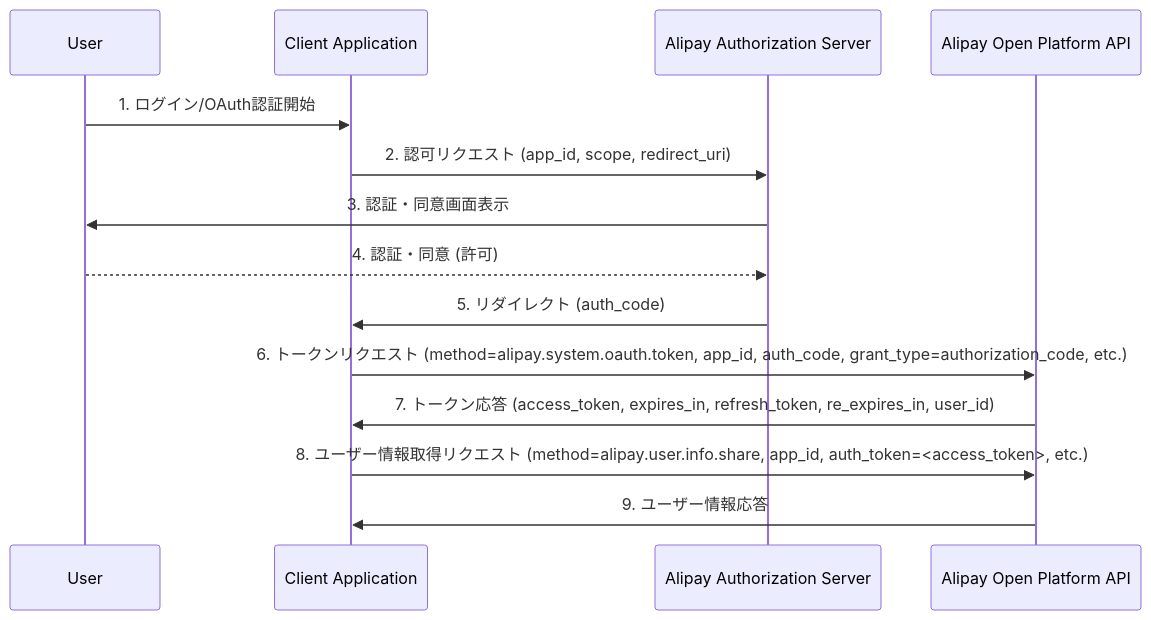
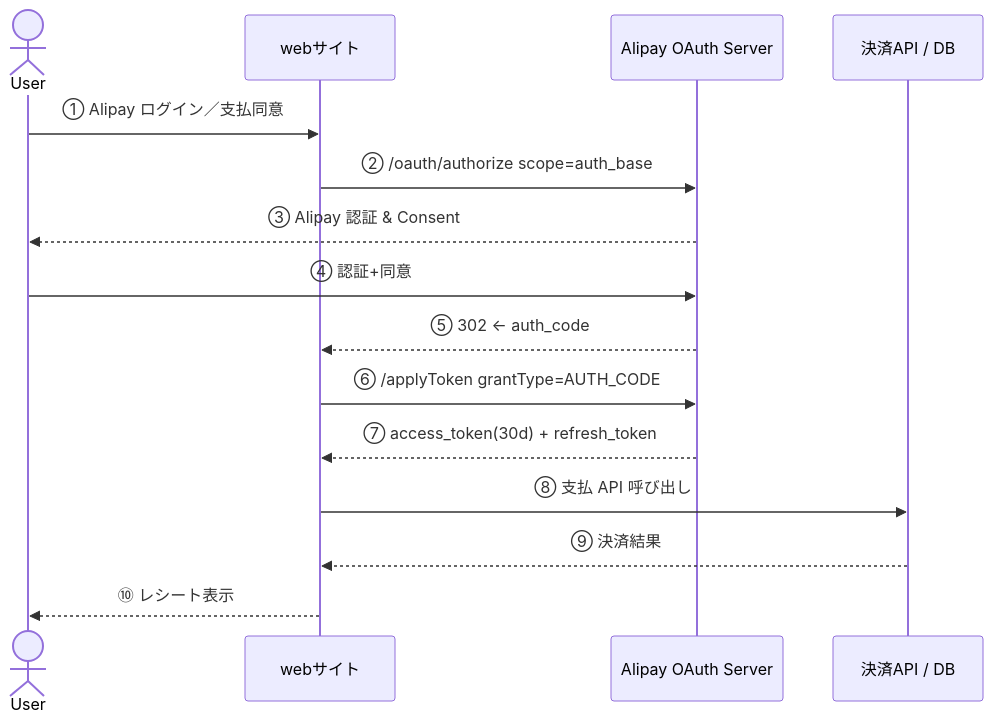
One commit to tamai-hideyuki/tamai-hideyuki changed the diagram in docs/authentication/oauth/alipay.md. Above: the diagram before and after it, drawn with Mermaid. The commit also changed other lines of this file and 12 other files, not shown here.

````diff
--- a/docs/authentication/oauth/alipay.md
+++ b/docs/authentication/oauth/alipay.md
@@ -7,17 +8,19 @@
 ```mermaid
 sequenceDiagram
-    participant User
-    participant ClientApp as Client Application
-    participant AlipayAuth as Alipay Authorization Server
-    participant AlipayAPI as Alipay Open Platform API
+  actor User
+  participant Site as webサイト
+  participant AAuth as Alipay OAuth Server
+  participant PayAPI as 決済API / DB
 
-    User->>ClientApp: 1. ログイン/OAuth認証開始
-    ClientApp->>AlipayAuth: 2. 認可リクエスト (app_id, scope, redirect_uri)
-    AlipayAuth->>User: 3. 認証・同意画面表示
-    User-->>AlipayAuth: 4. 認証・同意 (許可)
-    AlipayAuth->>ClientApp: 5. リダイレクト (auth_code)
-    ClientApp->>AlipayAPI: 6. トークンリクエスト (method=alipay.system.oauth.token, app_id, auth_code, grant_type=authorization_code, etc.)
-    AlipayAPI->>ClientApp: 7. トークン応答 (access_token, expires_in, refresh_token, re_expires_in, user_id)
-    ClientApp->>AlipayAPI: 8. ユーザー情報取得リクエスト (method=alipay.user.info.share, app_id, auth_token=<access_token>, etc.)
-    AlipayAPI->>ClientApp: 9. ユーザー情報応答
+  User->>Site: ① Alipay ログイン／支払同意
+  Site->>AAuth: ② /oauth/authorize scope=auth_base
+  AAuth-->>User: ③ Alipay 認証 & Consent
+  User->>AAuth: ④ 認証+同意
+  AAuth-->>Site: ⑤ 302 ← auth_code
+  Site->>AAuth: ⑥ /applyToken grantType=AUTH_CODE
+  AAuth-->>Site: ⑦ access_token(30d) + refresh_token
+  Site->>PayAPI: ⑧ 支払 API 呼び出し
+  PayAPI-->>Site: ⑨ 決済結果
+  Site-->>User: ⑩ レシート表示
+
 ```
````
